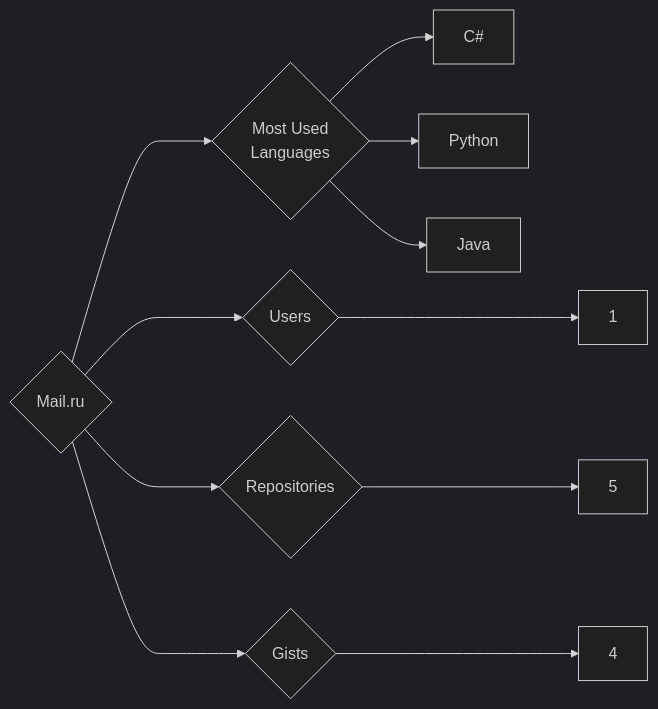
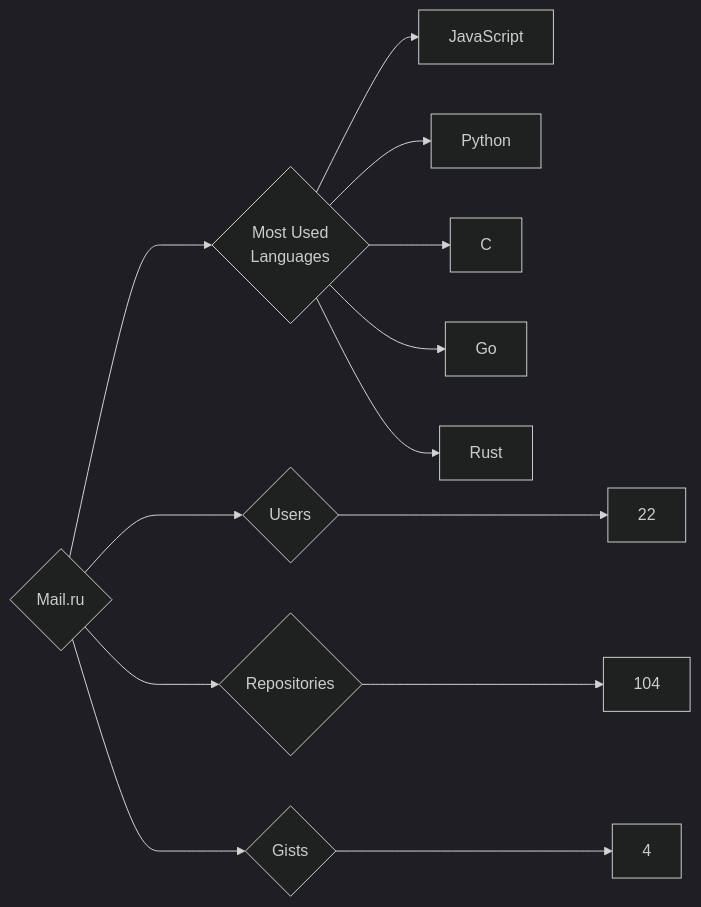
The diagram in targets/Mail.ru/README.md (trickest/insiders), drawn with Mermaid (dark theme) before and after one commit. The commit also changed 944 other files, not shown here.

````diff
--- a/targets/Mail.ru/README.md
+++ b/targets/Mail.ru/README.md
@@ -3,11 +3,13 @@
 ```mermaid
 graph LR
 COMPANY_NAME{Mail.ru}
-COMPANY_NAME ---> U{Users} ---> UN[1]
-COMPANY_NAME ---> R{Repositories} ---> RN[5]
+COMPANY_NAME ---> U{Users} ---> UN[22]
+COMPANY_NAME ---> R{Repositories} ---> RN[104]
 COMPANY_NAME ---> G{Gists} ---> GN[4]
 COMPANY_NAME ---> ML{Most Used<br>Languages}
-ML --> C#[C#]
+ML --> JavaScript[JavaScript]
 ML --> Python[Python]
-ML --> Java[Java]
+ML --> C[C]
+ML --> Go[Go]
+ML --> Rust[Rust]
 ```
````
